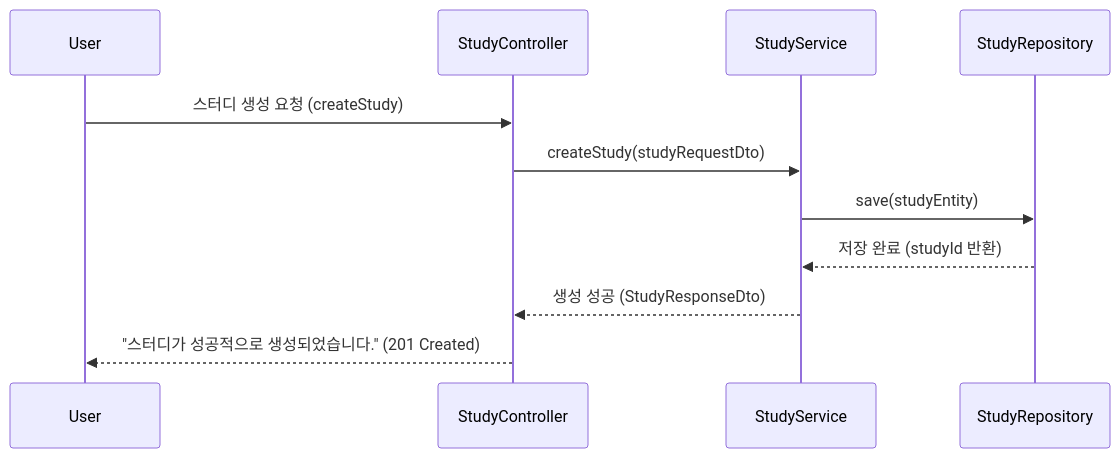
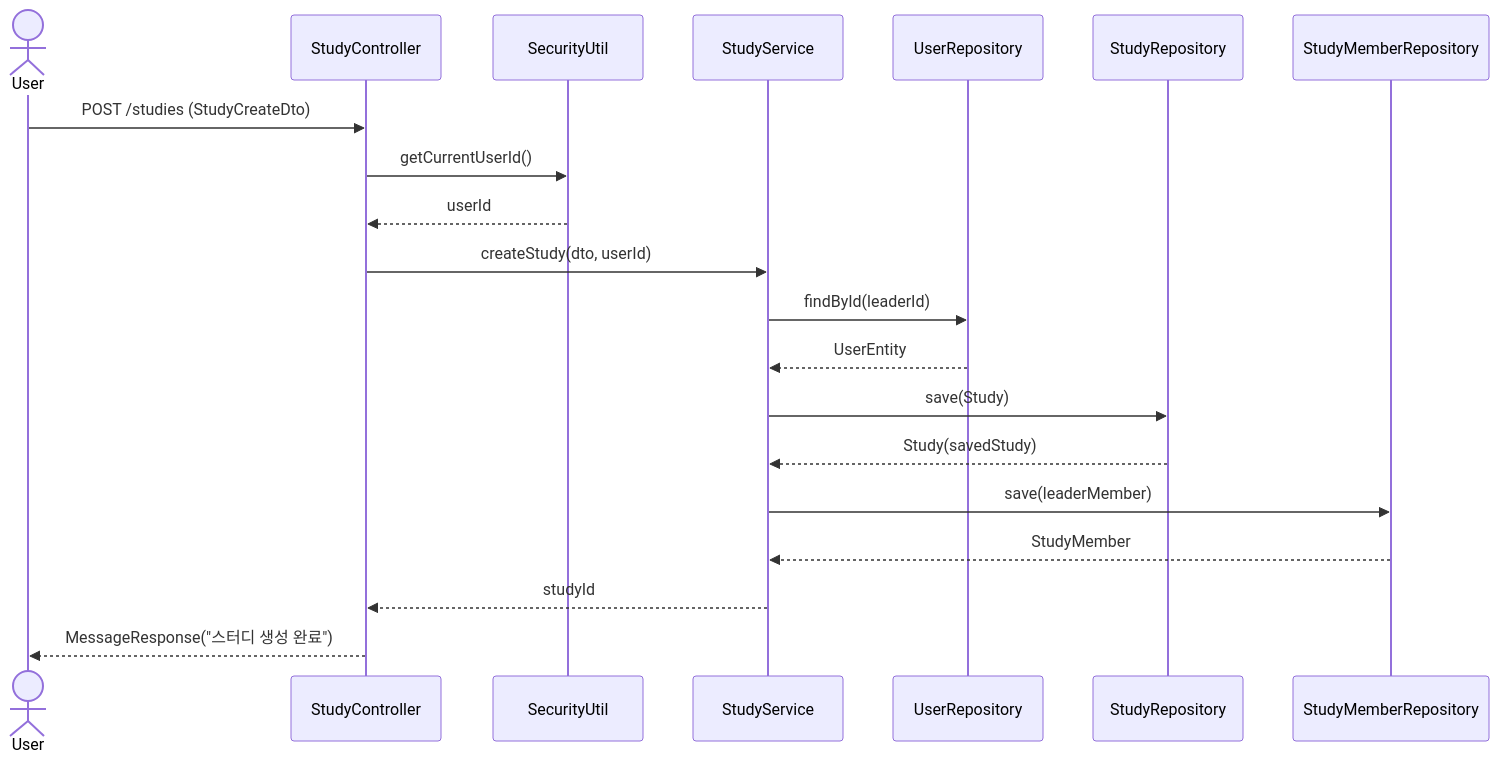
Before and after one commit to OHWCH/se_dev: diagram 13 of 47 in SDS_[깃라잡이].md, drawn with Mermaid. The commit also changed other lines of this file, not shown here.

Commit message:
스터디 시퀀스 다이어그램

````diff
--- a/SDS_[깃라잡이].md
+++ b/SDS_[깃라잡이].md
@@ -4902,15 +4904,21 @@
 ```mermaid
 sequenceDiagram
-    participant User
-    participant StudyController
-    participant StudyService
-    participant StudyRepository
+    actor User
+    User ->> StudyController: POST /studies (StudyCreateDto)
+    StudyController ->> SecurityUtil: getCurrentUserId()
+    SecurityUtil -->> StudyController: userId
+    StudyController ->> StudyService: createStudy(dto, userId)
 
-    User->>StudyController: 스터디 생성 요청 (createStudy)
-    StudyController->>StudyService: createStudy(studyRequestDto)
-    StudyService->>StudyRepository: save(studyEntity)
-    StudyRepository-->>StudyService: 저장 완료 (studyId 반환)
-    StudyService-->>StudyController: 생성 성공 (StudyResponseDto)
-    StudyController-->>User: "스터디가 성공적으로 생성되었습니다." (201 Created)
+    StudyService ->> UserRepository: findById(leaderId)
+    UserRepository -->> StudyService: UserEntity
+
+    StudyService ->> StudyRepository: save(Study)
+    StudyRepository -->> StudyService: Study(savedStudy)
+
+    StudyService ->> StudyMemberRepository: save(leaderMember)
+    StudyMemberRepository -->> StudyService: StudyMember
+
+    StudyService -->> StudyController: studyId
+    StudyController -->> User: MessageResponse("스터디 생성 완료")
 
 ```
````
